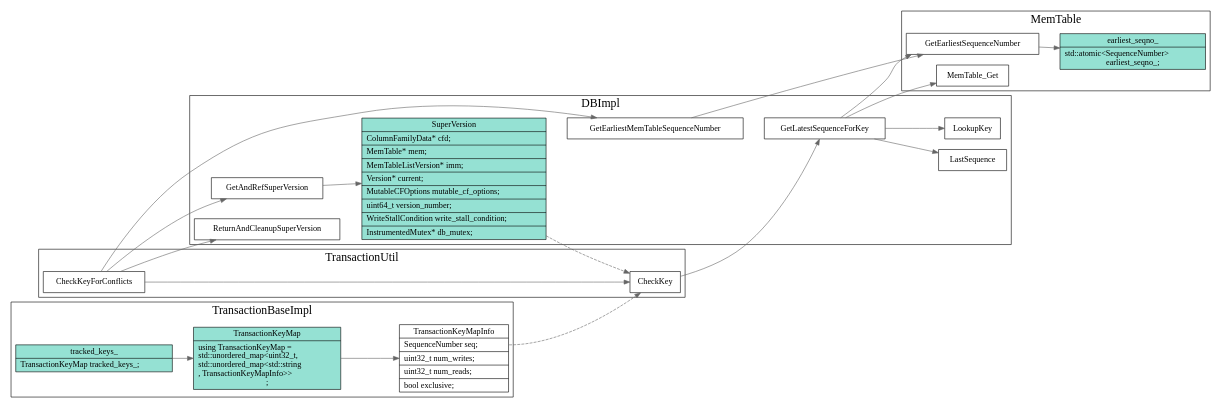
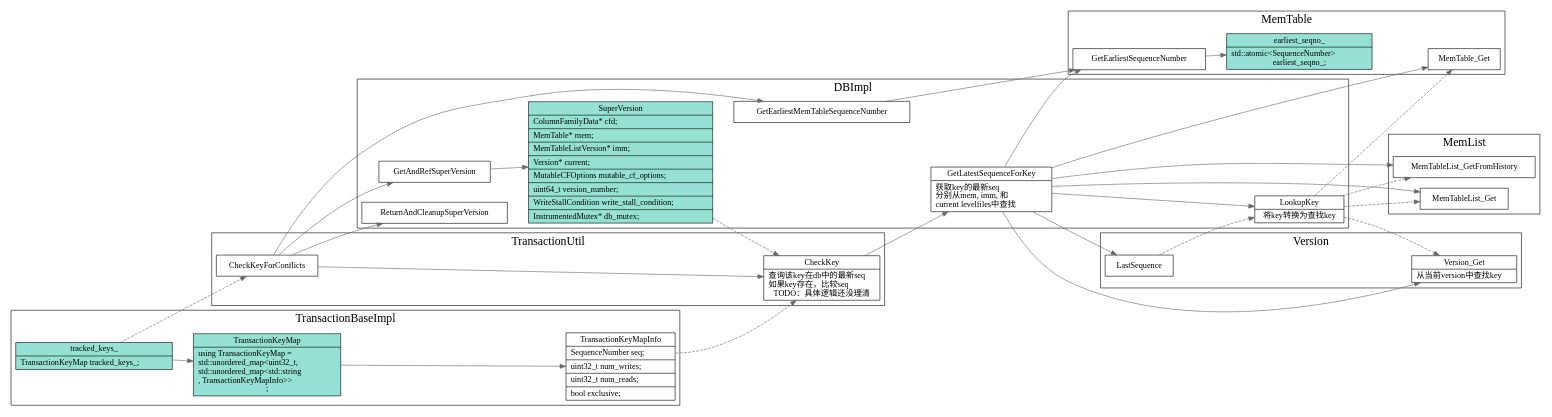
Before and after one commit to xieyu/blog: the diagram in src/rocksdb/check-key-conflict.dot, drawn with Graphviz. The commit also changed 13 other files, not shown here.

```diff
--- a/src/rocksdb/check-key-conflict.dot
+++ b/src/rocksdb/check-key-conflict.dot
@@ -1,103 +1,155 @@
 digraph check_key_conflict {
   node[shape=box];
   edge[color=gray40];
   newrank=true;
   rankdir=LR;
   subgraph cluster_MemTable {
     graph[label="MemTable";fontsize=20;];
     GetEarliestSequenceNumber ->  earliest_seqno_
     earliest_seqno_[
       shape="record";
       fillcolor="#95e1d3"
       style=filled;
       label="{{
         earliest_seqno_|
           std::atomic\<SequenceNumber\>\l earliest_seqno_;
       }}";
     ];
     MemTable_Get;
   } // end of MemTable
 
+  tracked_keys_ -> CheckKeyForConflicts[style=dashed];
   subgraph cluster_TransactionBaseImpl {
     graph[label=" TransactionBaseImpl";fontsize=20;];
     tracked_keys_[
       shape="record";
       fillcolor="#95e1d3"
       style=filled;
       label="{{
         tracked_keys_|
           TransactionKeyMap tracked_keys_;\l
       }}";
     ];
     tracked_keys_ -> TransactionKeyMap -> TransactionKeyMapInfo;
     TransactionKeyMap[
       shape="record";
       fillcolor="#95e1d3"
       style=filled;
       label="{{
         TransactionKeyMap|
           using TransactionKeyMap =\l
           std::unordered_map\<uint32_t,\l
           std::unordered_map\<std::string\l, TransactionKeyMapInfo\>\>\l;
       }}";
     ];
     TransactionKeyMapInfo[
       shape="record";
       label="{{
         TransactionKeyMapInfo|
           <seq> SequenceNumber seq;\l|
           uint32_t num_writes;\l|
           uint32_t num_reads;\l|
           bool exclusive;\l
       }}";
     ];
-    
   } // end of  TransactionBaseImpl
+  subgraph cluster_Version {
+    graph[label="Version";fontsize=20;];
+    LastSequence;
+    Version_Get[
+      shape="record"
+      label="{{
+        Version_Get|
+        从当前version中查找key\l
+      }}"
+    ];
+  }
+  subgraph cluster_MemList {
+    graph[label="MemList";fontsize=20;];
+    MemTableList_Get;
+    MemTableList_GetFromHistory;
+  }
 
   subgraph cluster_DBImpl {
     graph[label="DBImpl";fontsize=20;];
     GetAndRefSuperVersion;
     GetEarliestMemTableSequenceNumber;
     ReturnAndCleanupSuperVersion;
-    GetLatestSequenceForKey;
     SuperVersion[
       shape="record";
       fillcolor="#95e1d3"
       style=filled;
       label="{{
         SuperVersion|
           ColumnFamilyData* cfd;\l|
           MemTable* mem;\l|
           MemTableListVersion* imm;\l|
           Version* current;\l|
           MutableCFOptions mutable_cf_options;\l|
           uint64_t version_number;\l|
           WriteStallCondition write_stall_condition;\l|
           InstrumentedMutex* db_mutex;\l
       }}";
     ];
     GetAndRefSuperVersion -> SuperVersion;
     GetEarliestMemTableSequenceNumber -> GetEarliestSequenceNumber;
 
+    GetLatestSequenceForKey[
+      shape="record"
+      label="{{
+        GetLatestSequenceForKey|
+        获取key的最新seq\l
+        分别从mem, imm, 和\l 
+        current levelfiles中查找\l
+      }}"
+    ];
     GetLatestSequenceForKey -> {
       LastSequence;
       LookupKey;
       MemTable_Get;
+      MemTableList_GetFromHistory
+      MemTableList_Get;
+      Version_Get;
       GetEarliestSequenceNumber;
     }
+    LookupKey[
+      shape="record"
+      label="{{
+        LookupKey|
+        将key转换为查找key
+      }}"
+    ];
+    LastSequence -> LookupKey[style=dashed];
+    LookupKey -> {
+      MemTable_Get;
+      MemTableList_GetFromHistory
+      MemTableList_Get;
+      Version_Get;
+    }[style=dashed];
+
   }
   subgraph cluster_TransactionUtil {
     graph[label="TransactionUtil";fontsize=20;];
     CheckKeyForConflicts -> {
       GetAndRefSuperVersion;
       GetEarliestMemTableSequenceNumber;
       CheckKey;
       ReturnAndCleanupSuperVersion;
     };
     TransactionKeyMapInfo:seq -> CheckKey[style=dashed];
+
+    CheckKey[
+      shape="record"
+      label="{{
+        CheckKey|
+        查询该key在db中的最新seq\l
+        如果key存在，比较seq\l
+        TODO：具体逻辑还没理清
+      }}"
+    ];
     CheckKey -> {
       GetLatestSequenceForKey;
     }
     SuperVersion ->CheckKey[style=dashed];
   }
 }
```
